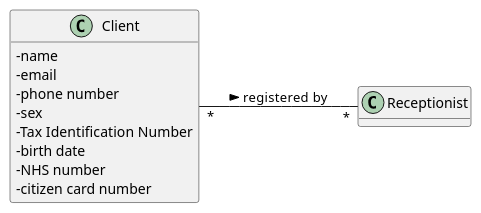
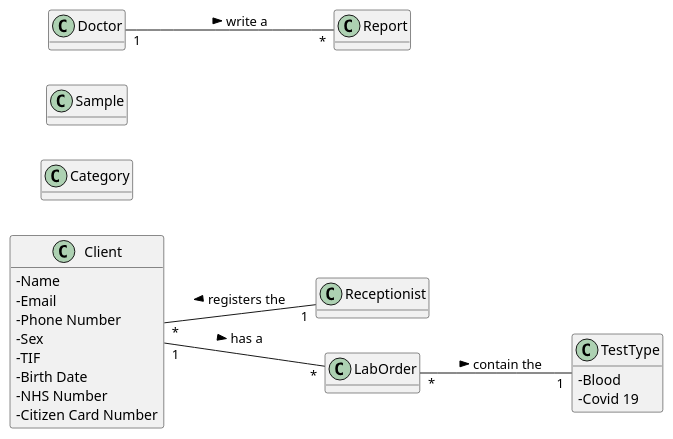
One commit to manu-07-ela/LAPR2_ISEP changed the diagram in docs/SprintA/Artifacts/DM.puml. Above: the diagram before and after it, drawn with PlantUML. The commit also changed 1 other file, not shown here.

```diff
--- a/docs/SprintA/Artifacts/DM.puml
+++ b/docs/SprintA/Artifacts/DM.puml
@@ -1,26 +1,52 @@
 @startuml
 'https://plantuml.com/class-diagram
 
 hide methods
 left to right direction
 skinparam classAttributeIconSize 0
 
 class Receptionist {
 
 }
 
 class Client {
- - name
- - email
- - phone number
- - sex
- - Tax Identification Number
- - birth date
- - NHS number
- - citizen card number
+ - Name
+ - Email
+ - Phone Number
+ - Sex
+ - TIF
+ - Birth Date
+ - NHS Number
+ - Citizen Card Number
 
 }
 
-Client "*" -- "*" Receptionist: registered  by >
+class LabOrder {
 
+}
+
+class Category {
+
+}
+
+class TestType {
+- Blood
+- Covid 19
+}
+
+class Sample {
+
+}
+
+class Doctor {
+
+}
+
+class Report {
+}
+
+Client "*" -- "1" Receptionist: registers the <
+LabOrder "*" -- "1" TestType: contain the >
+Client "1" -- "*" LabOrder: has a >
+Doctor "1" -- "*" Report: write a >
 @enduml
```
